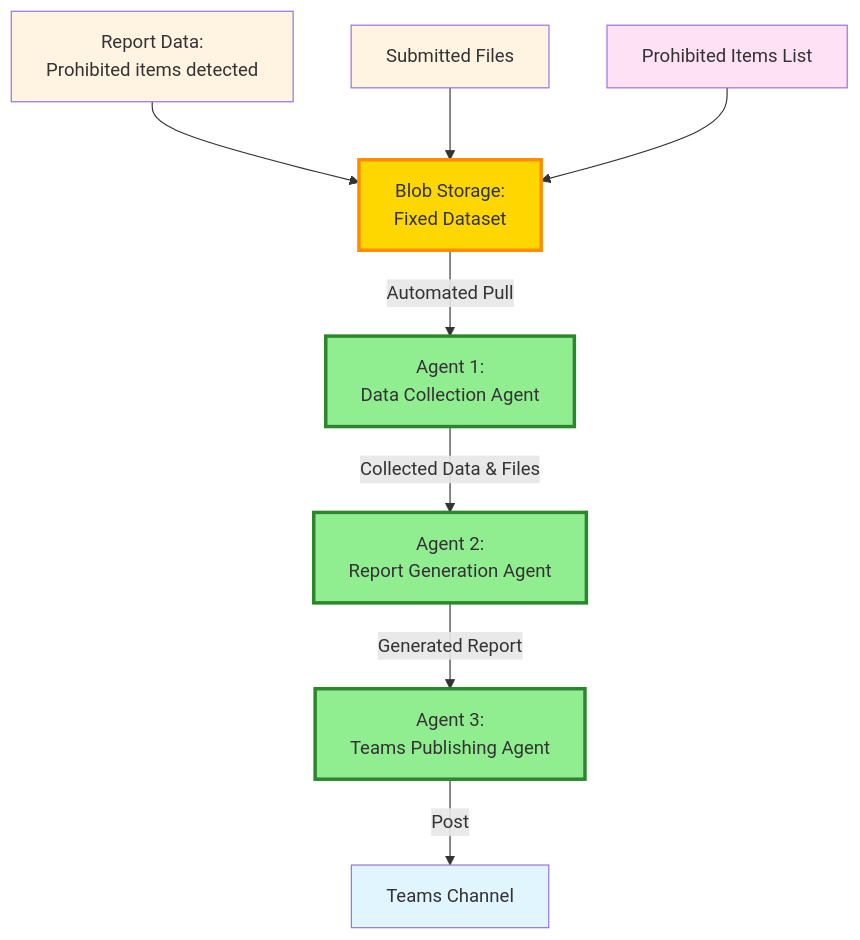
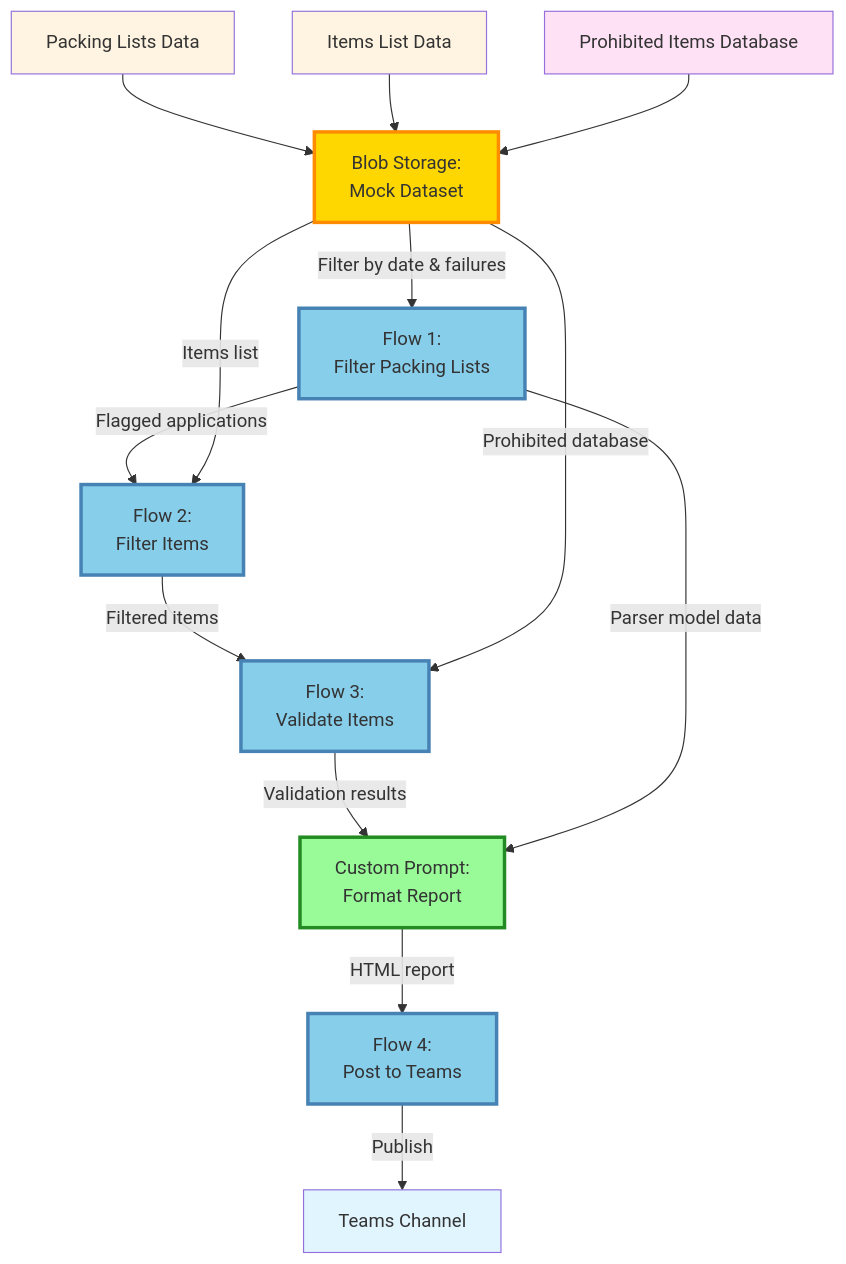
One commit to david-pizzi-cg/agentic-compliance-qa changed the second of 2 diagrams in README.md. Above: the diagram before and after it, drawn with Mermaid. The commit also changed other lines of this file and 13 other files, not shown here.

First line of the commit message:
Reorganize README with logical narrative flow and add POC data files (#1)

````diff
--- a/README.md
+++ b/README.md
@@ -155,30 +221,44 @@
 ```mermaid
 flowchart TD
-    A[Report Data:<br/>Prohibited items detected]
-    B[Submitted Files]
-    C[Prohibited Items List]
+    A[Packing Lists Data]
+    B[Items List Data]
+    C[Prohibited Items Database]
     
-    A --> D[Blob Storage:<br/>Fixed Dataset]
+    A --> D[Blob Storage:<br/>Mock Dataset]
     B --> D
     C --> D
     
-    D -->|Automated Pull| E[Agent 1:<br/>Data Collection Agent]
+    D -->|Filter by date & failures| E[Flow 1:<br/>Filter Packing Lists]
     
-    E -->|Collected Data & Files| F[Agent 2:<br/>Report Generation Agent]
+    E -->|Flagged applications| F[Flow 2:<br/>Filter Items]
     
-    F -->|Generated Report| G[Agent 3:<br/>Teams Publishing Agent]
+    D -->|Items list| F
     
-    G -->|Post| H[Teams Channel]
+    F -->|Filtered items| G[Flow 3:<br/>Validate Items]
+    
+    D -->|Prohibited database| G
+    
+    G -->|Validation results| H[Custom Prompt:<br/>Format Report]
+    
+    E -->|Parser model data| H
+    
+    H -->|HTML report| I[Flow 4:<br/>Post to Teams]
+    
+    I -->|Publish| J[Teams Channel]
     
     style A fill:#fff4e1
     style B fill:#fff4e1
     style C fill:#ffe1f5
     style D fill:#ffd700,stroke:#ff8c00,stroke-width:3px
-    style E fill:#90ee90,stroke:#2d862d,stroke-width:3px
-    style F fill:#90ee90,stroke:#2d862d,stroke-width:3px
-    style G fill:#90ee90,stroke:#2d862d,stroke-width:3px
-    style H fill:#e1f5ff
+    style E fill:#87ceeb,stroke:#4682b4,stroke-width:3px
+    style F fill:#87ceeb,stroke:#4682b4,stroke-width:3px
+    style G fill:#87ceeb,stroke:#4682b4,stroke-width:3px
+    style H fill:#98fb98,stroke:#228b22,stroke-width:3px
+    style I fill:#87ceeb,stroke:#4682b4,stroke-width:3px
+    style J fill:#e1f5ff
     
-    classDef agent fill:#90ee90,stroke:#2d862d,stroke-width:3px
-    class E,F,G agent
+    classDef flow fill:#87ceeb,stroke:#4682b4,stroke-width:3px
+    classDef prompt fill:#98fb98,stroke:#228b22,stroke-width:3px
+    class E,F,G,I flow
+    class H prompt
 ```
````
